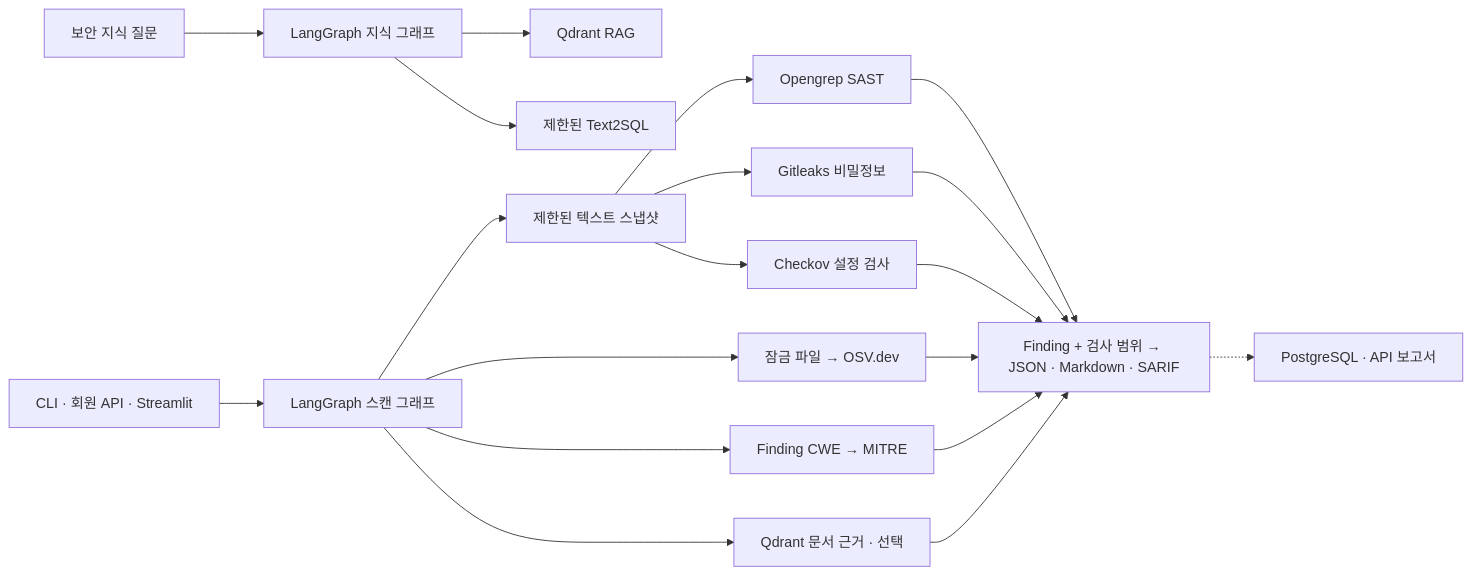
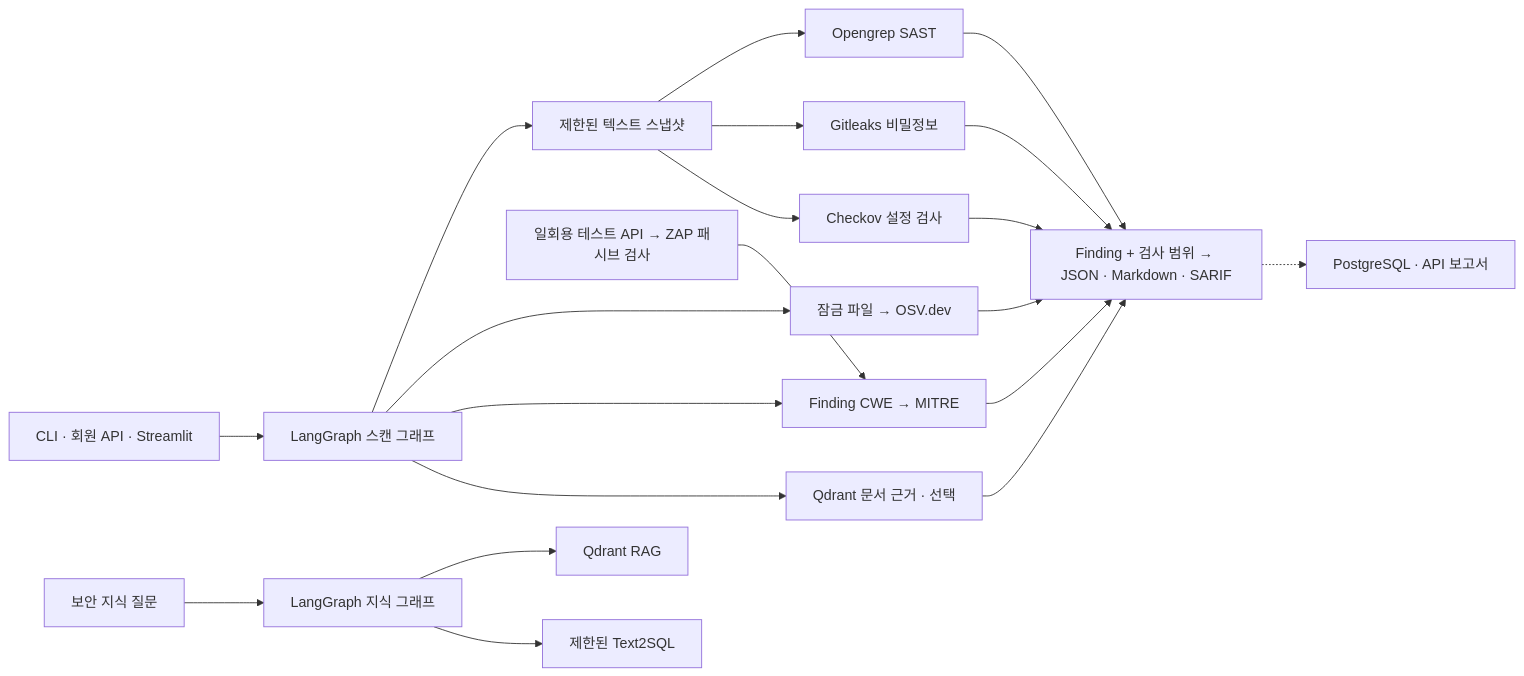
The diagram in README.md (taehyeon-git/SecRAGraph), drawn with Mermaid before and after one commit. The commit also changed other lines of this file and 34 other files, not shown here.

First line of the commit message:
Add isolated passive API DAST and HTTP findings (#15)

````diff
--- a/README.md
+++ b/README.md
@@ -46,21 +46,22 @@
 ```mermaid
 flowchart LR
   INPUT["CLI · 회원 API · Streamlit"] --> SCAN["LangGraph 스캔 그래프"]
   SCAN --> SNAP["제한된 텍스트 스냅샷"]
   SNAP --> SAST["Opengrep SAST"]
   SNAP --> SECRET["Gitleaks 비밀정보"]
   SNAP --> CONFIG["Checkov 설정 검사"]
   SCAN --> OSV["잠금 파일 → OSV.dev"]
   SCAN --> CWE["Finding CWE → MITRE"]
   SCAN --> EVIDENCE["Qdrant 문서 근거 · 선택"]
+  DAST["일회용 테스트 API → ZAP 패시브 검사"] --> CWE
   SAST --> REPORT["Finding + 검사 범위 → JSON · Markdown · SARIF"]
   SECRET --> REPORT
   CONFIG --> REPORT
   OSV --> REPORT
   CWE --> REPORT
   EVIDENCE --> REPORT
   REPORT -.-> STORE["PostgreSQL · API 보고서"]
   QUESTION["보안 지식 질문"] --> KNOWLEDGE["LangGraph 지식 그래프"]
   KNOWLEDGE --> RAG["Qdrant RAG"]
   KNOWLEDGE --> SQL["제한된 Text2SQL"]
 ```
````
